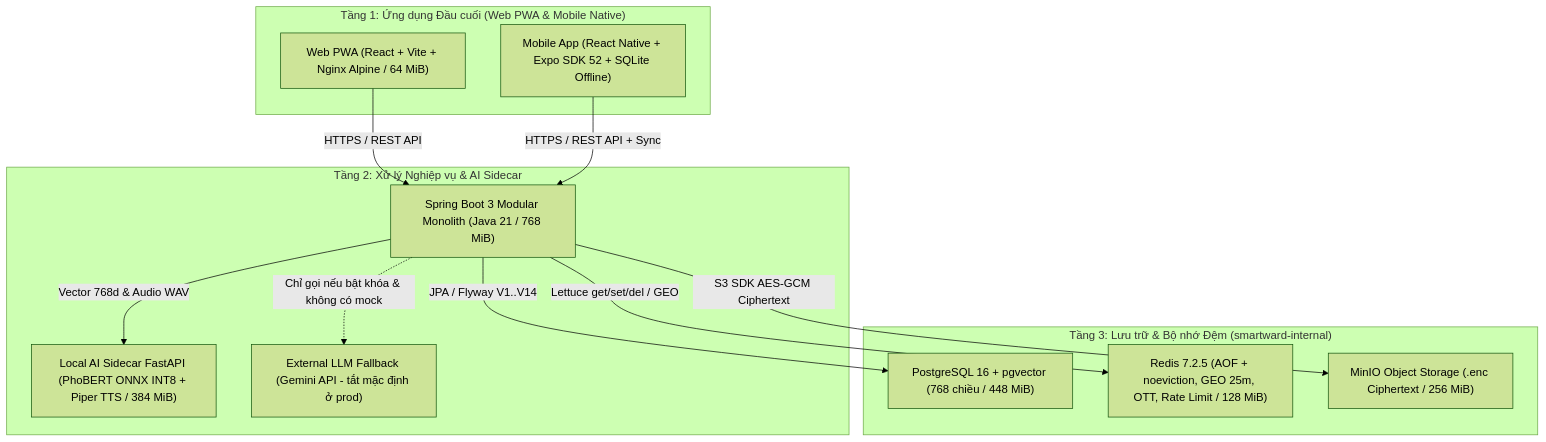
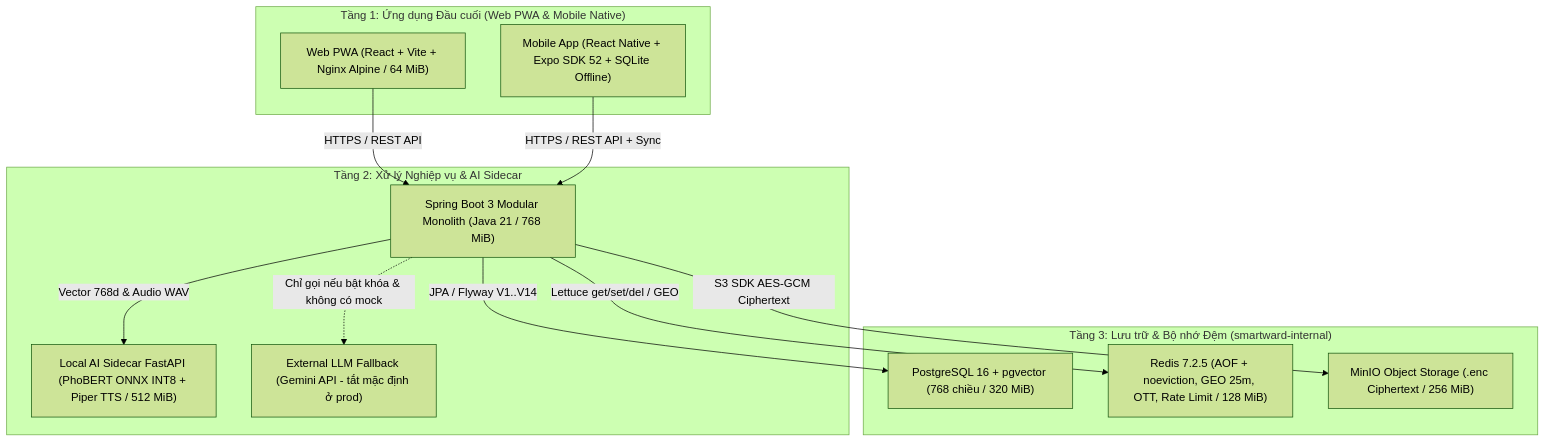
The first of 4 diagrams in docs/project/SYSTEM_OVERVIEW.md (tuankhanh2306/SmartWardAI), drawn with Mermaid (forest theme) before and after one commit. The commit also changed other lines of this file and 27 other files, not shown here.

````diff
--- a/docs/project/SYSTEM_OVERVIEW.md
+++ b/docs/project/SYSTEM_OVERVIEW.md
@@ -29,27 +29,27 @@
 ```mermaid
 flowchart TD
     subgraph Clients["Tầng 1: Ứng dụng Đầu cuối (Web PWA & Mobile Native)"]
         Web["Web PWA (React + Vite + Nginx Alpine / 64 MiB)"]
         Mobile["Mobile App (React Native + Expo SDK 52 + SQLite Offline)"]
     end
 
     subgraph AppLayer["Tầng 2: Xử lý Nghiệp vụ & AI Sidecar"]
         Backend["Spring Boot 3 Modular Monolith (Java 21 / 768 MiB)"]
-        Sidecar["Local AI Sidecar FastAPI (PhoBERT ONNX INT8 + Piper TTS / 384 MiB)"]
+        Sidecar["Local AI Sidecar FastAPI (PhoBERT ONNX INT8 + Piper TTS / 512 MiB)"]
         Gemini["External LLM Fallback (Gemini API - tắt mặc định ở prod)"]
     end
 
     subgraph DataLayer["Tầng 3: Lưu trữ & Bộ nhớ Đệm (smartward-internal)"]
-        PG["PostgreSQL 16 + pgvector (768 chiều / 448 MiB)"]
+        PG["PostgreSQL 16 + pgvector (768 chiều / 320 MiB)"]
         Redis["Redis 7.2.5 (AOF + noeviction, GEO 25m, OTT, Rate Limit / 128 MiB)"]
         MinIO["MinIO Object Storage (.enc Ciphertext / 256 MiB)"]
     end
 
     Web -->|"HTTPS / REST API"| Backend
     Mobile -->|"HTTPS / REST API + Sync"| Backend
     Backend -->|"Vector 768d & Audio WAV"| Sidecar
     Backend -.->|"Chỉ gọi nếu bật khóa & không có mock"| Gemini
     Backend -->|"JPA / Flyway V1..V14"| PG
     Backend -->|"Lettuce get/set/del / GEO"| Redis
     Backend -->|"S3 SDK AES-GCM Ciphertext"| MinIO
 ```
````
